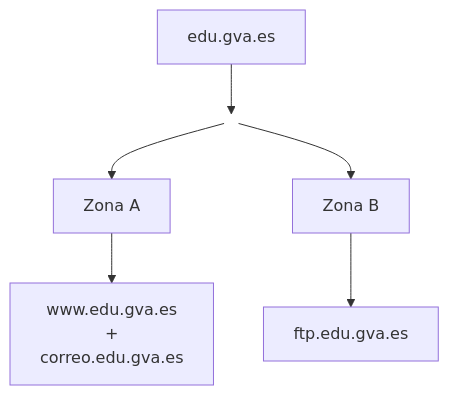
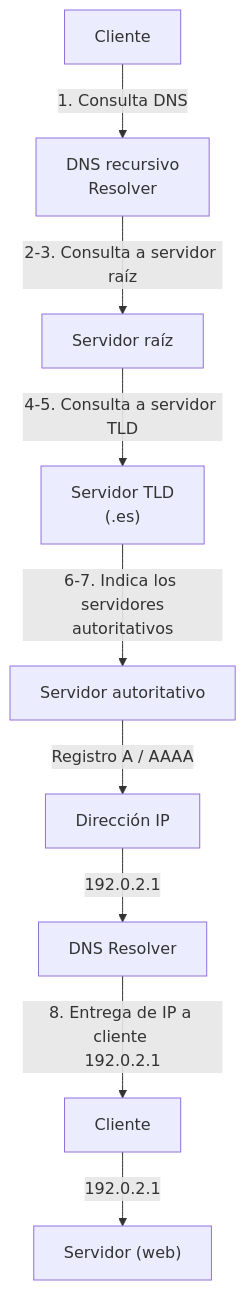
Before and after one commit to javieregeablasco/Apuntes: the diagram in docs/SMX/SMX_2/SX/apuntes/05_DNS.md, drawn with Mermaid. The commit also changed other lines of this file, not shown here.

Commit message:
Oct 29, 2026, 12:29 PM

````diff
--- a/docs/SMX/SMX_2/SX/apuntes/05_DNS.md
+++ b/docs/SMX/SMX_2/SX/apuntes/05_DNS.md
@@ -511,9 +294,11 @@
-    ```mermaid
-    flowchart TD
-        A[edu.gva.es] --> X((　))
-        X --> B[Zona A]
-        X --> C[Zona B]
-        B --> D[www.edu.gva.es </br>+</br>correo.edu.gva.es]
-        C --> E[ftp.edu.gva.es]
-    style X fill:none,stroke:none
-    ```
+      ```mermaid
+      flowchart TD
+          A[Cliente] -->|1. Consulta DNS| B[DNS recursivo<br/>Resolver]
+          B -->|2-3. Consulta a servidor raíz | C[Servidor raíz]
+          C -->|4-5. Consulta a servidor TLD| D["Servidor TLD<br/>(.es)"]
+          D -->|6-7. Indica los servidores<br/>autoritativos| E[Servidor autoritativo]
+          E -->|Registro A / AAAA| F[Dirección IP]
+          F -->|192.0.2.1| G[DNS Resolver]
+          G -->|8. Entrega de IP a cliente <br/>192.0.2.1| H[Cliente]
+          H -->|192.0.2.1| I["Servidor (web)"]
+      ```
````
